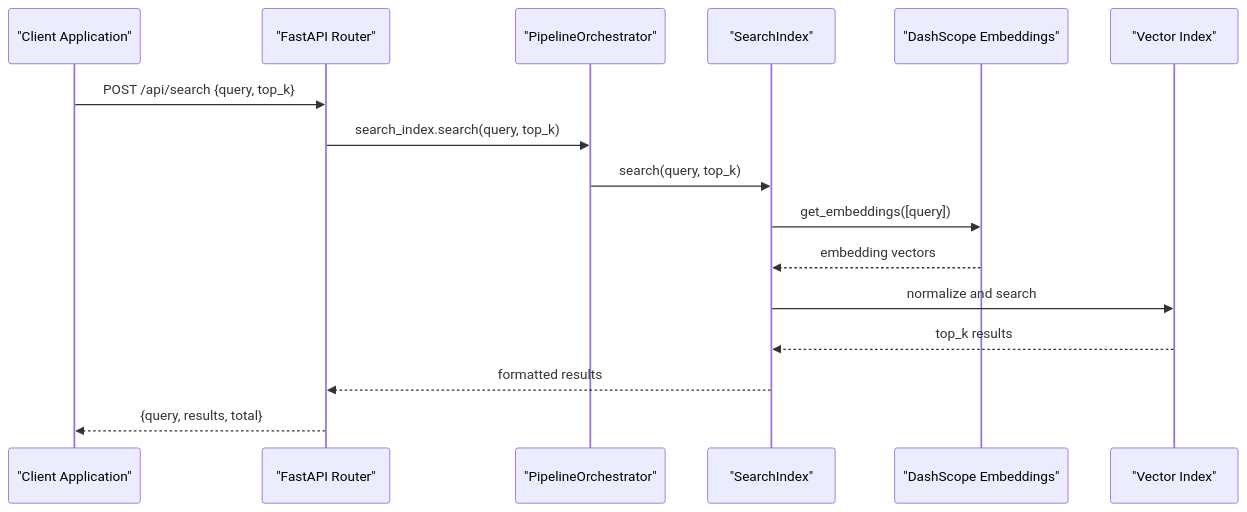
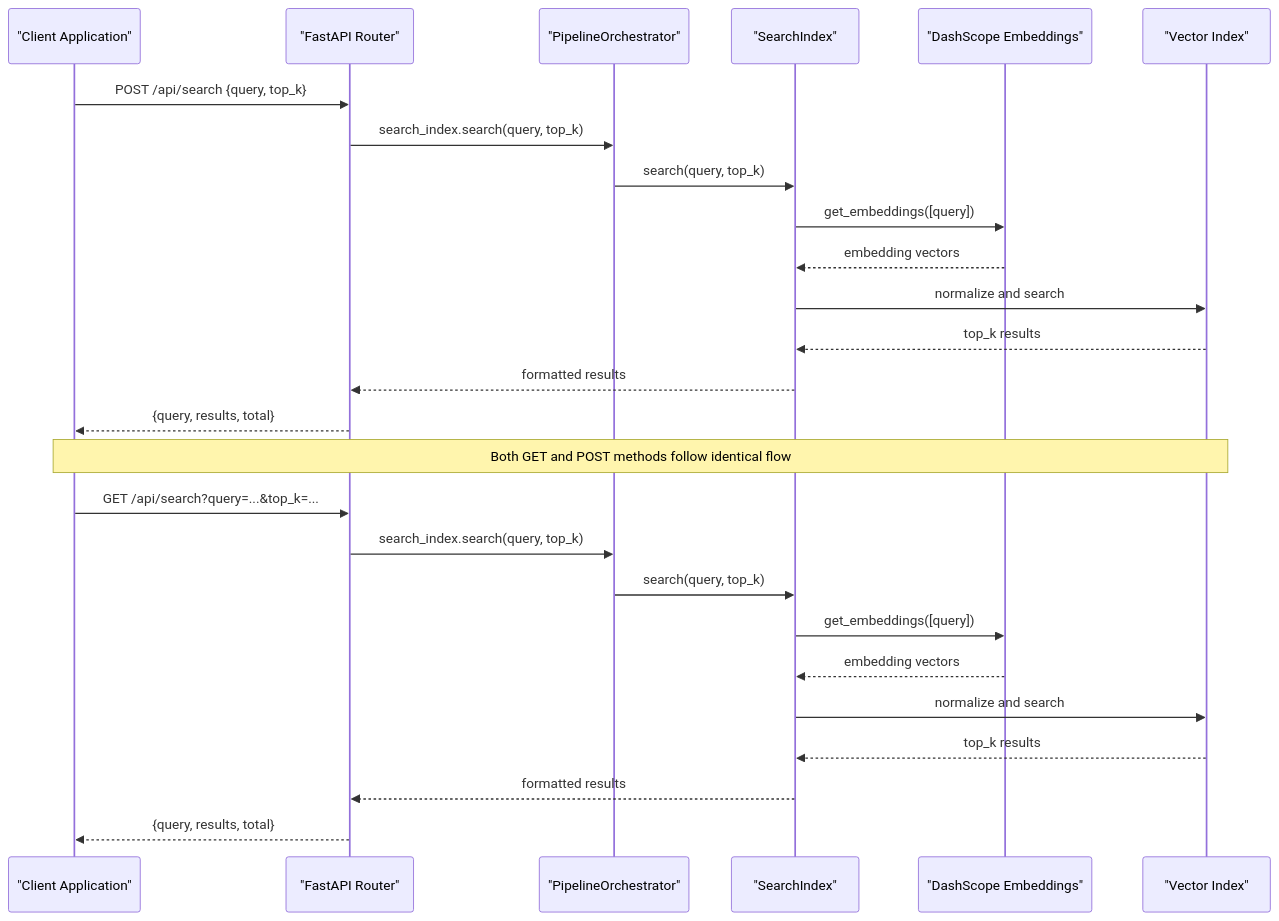
The third of 5 diagrams in .qoder/repowiki/en/content/Backend API Reference/Search Endpoint.md (alexandreybasta-cyber/dubai-media-ai), drawn with Mermaid before and after one commit. The commit also changed other lines of this file and 23 other files, not shown here.

````diff
--- a/.qoder/repowiki/en/content/Backend API Reference/Search Endpoint.md
+++ b/.qoder/repowiki/en/content/Backend API Reference/Search Endpoint.md
@@ -109,18 +121,28 @@
 ```mermaid
 sequenceDiagram
 participant Client as "Client Application"
 participant API as "FastAPI Router"
 participant Orchestrator as "PipelineOrchestrator"
 participant SearchIndex as "SearchIndex"
 participant Embeddings as "DashScope Embeddings"
 participant FAISS as "Vector Index"
 Client->>API : POST /api/search {query, top_k}
 API->>Orchestrator : search_index.search(query, top_k)
 Orchestrator->>SearchIndex : search(query, top_k)
 SearchIndex->>Embeddings : get_embeddings([query])
 Embeddings-->>SearchIndex : embedding vectors
 SearchIndex->>FAISS : normalize and search
 FAISS-->>SearchIndex : top_k results
 SearchIndex-->>API : formatted results
 API-->>Client : {query, results, total}
+Note over Client,FAISS : Both GET and POST methods follow identical flow
+Client->>API : GET /api/search?query=...&top_k=...
+API->>Orchestrator : search_index.search(query, top_k)
+Orchestrator->>SearchIndex : search(query, top_k)
+SearchIndex->>Embeddings : get_embeddings([query])
+Embeddings-->>SearchIndex : embedding vectors
+SearchIndex->>FAISS : normalize and search
+FAISS-->>SearchIndex : top_k results
+SearchIndex-->>API : formatted results
+API-->>Client : {query, results, total}
 ```
````
